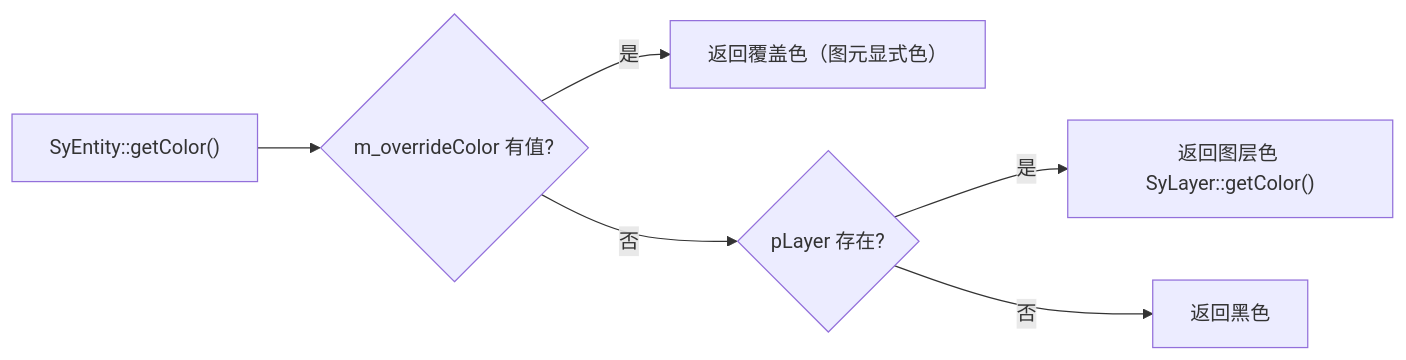
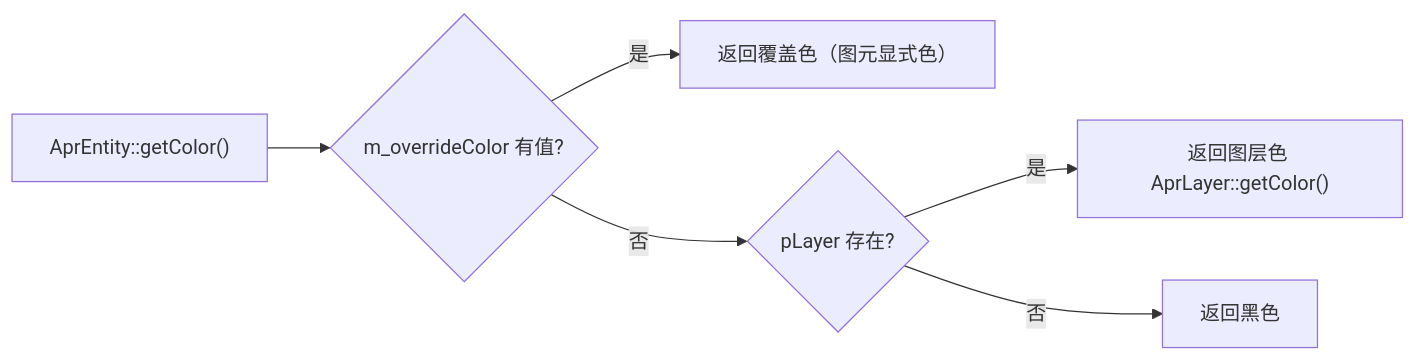
Before and after one commit to yulinxx/CAD: the third of 12 diagrams in Docs/01-当前架构/图层.md, drawn with Mermaid. The commit also changed other lines of this file and 326 other files, not shown here.

````diff
--- a/Docs/01-当前架构/图层.md
+++ b/Docs/01-当前架构/图层.md
@@ -139,8 +139,8 @@
 ```mermaid
 graph LR
-    A["SyEntity::getColor()"] --> B{"m_overrideColor 有值?"}
+    A["AprEntity::getColor()"] --> B{"m_overrideColor 有值?"}
     B -- 是 --> C["返回覆盖色（图元显式色）"]
     B -- 否 --> D{"pLayer 存在?"}
-    D -- 是 --> E["返回图层色 SyLayer::getColor()"]
+    D -- 是 --> E["返回图层色 AprLayer::getColor()"]
     D -- 否 --> F["返回黑色"]
 ```
````
